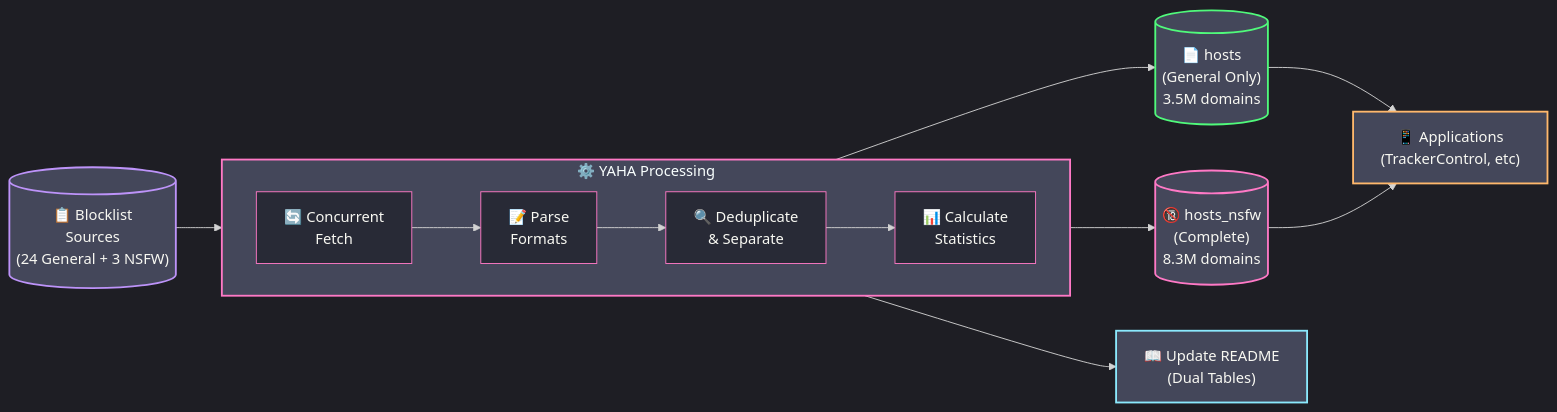
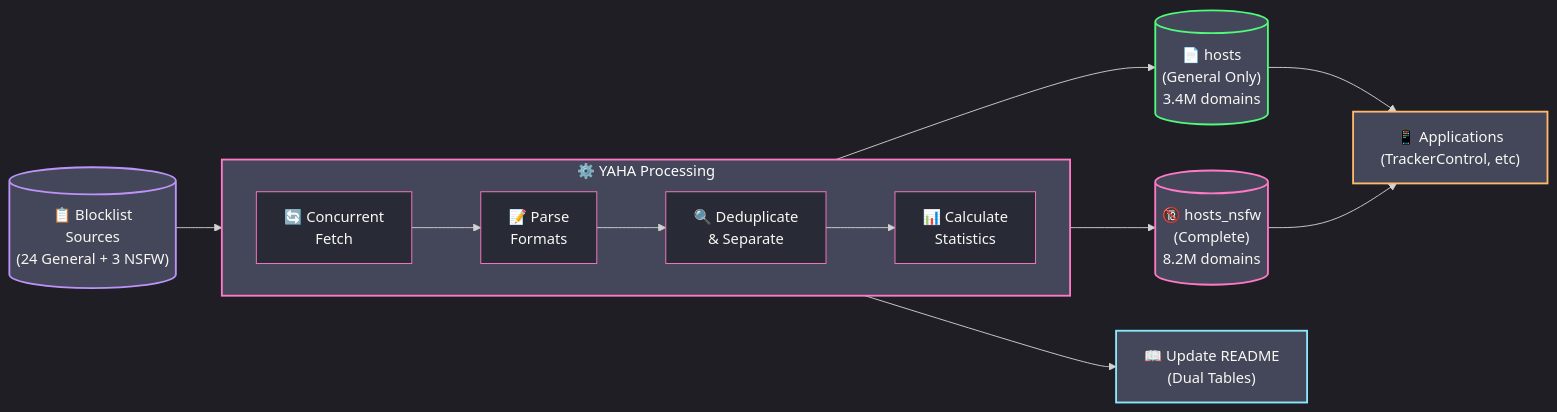
The diagram in README.md (scottdraper8/yaha), drawn with Mermaid before and after one commit. The commit also changed other lines of this file, not shown here.

Commit message:
Update blocklist stats: 3361386 general / 8188208 with NSFW [automated]

````diff
--- a/README.md
+++ b/README.md
@@ -42,35 +42,35 @@
 ```mermaid
 %%{init: {'theme': 'dark', 'themeVariables': {
     'primaryColor': '#ff79c6',
     'secondaryColor': '#bd93f9',
     'tertiaryColor': '#44475a',
     'mainBkg': '#282a36',
     'nodeBorder': '#ff79c6',
     'clusterBkg': '#44475a',
     'clusterBorder': '#bd93f9',
     'textColor': '#f8f8f2'
 }}}%%
 flowchart LR
     Sources[("📋 Blocklist<br/>Sources<br/>(24 General + 3 NSFW)")] --> Fetch
 
     subgraph Process["⚙️ YAHA Processing"]
         direction LR
         Fetch["🔄 Concurrent<br/>Fetch"] --> Parse["📝 Parse<br/>Formats"]
         Parse --> Dedupe["🔍 Deduplicate<br/>& Separate"]
         Dedupe --> Stats["📊 Calculate<br/>Statistics"]
     end
 
-    Stats --> Output1[("📄 hosts<br/>(General Only)<br/>3.5M domains")]
-    Stats --> Output2[("🔞 hosts_nsfw<br/>(Complete)<br/>8.3M domains")]
+    Stats --> Output1[("📄 hosts<br/>(General Only)<br/>3.4M domains")]
+    Stats --> Output2[("🔞 hosts_nsfw<br/>(Complete)<br/>8.2M domains")]
     Stats --> README["📖 Update README<br/>(Dual Tables)"]
 
     Output1 --> Apps["📱 Applications<br/>(TrackerControl, etc)"]
     Output2 --> Apps
 
     style Sources fill:#44475a,stroke:#bd93f9,stroke-width:2px
     style Process fill:#44475a,stroke:#ff79c6,stroke-width:2px
     style Output1 fill:#44475a,stroke:#50fa7b,stroke-width:2px
     style Output2 fill:#44475a,stroke:#ff79c6,stroke-width:2px
     style README fill:#44475a,stroke:#8be9fd,stroke-width:2px
     style Apps fill:#44475a,stroke:#ffb86c,stroke-width:2px
 ```
````
